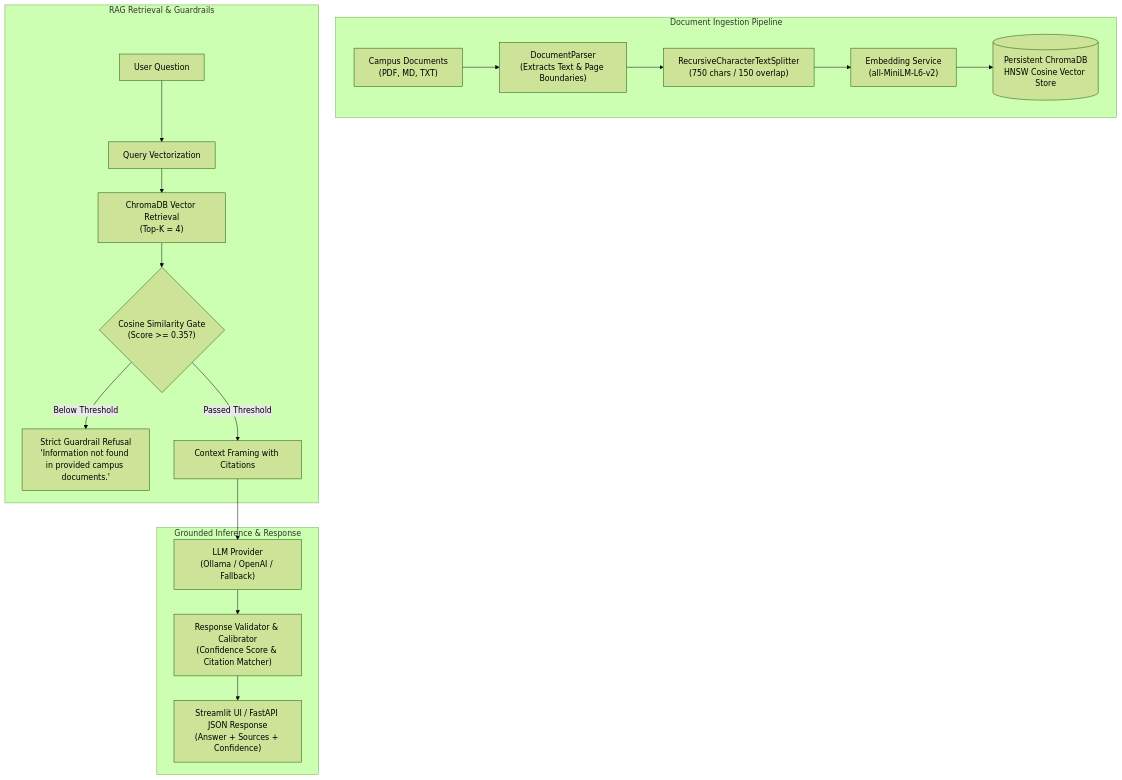
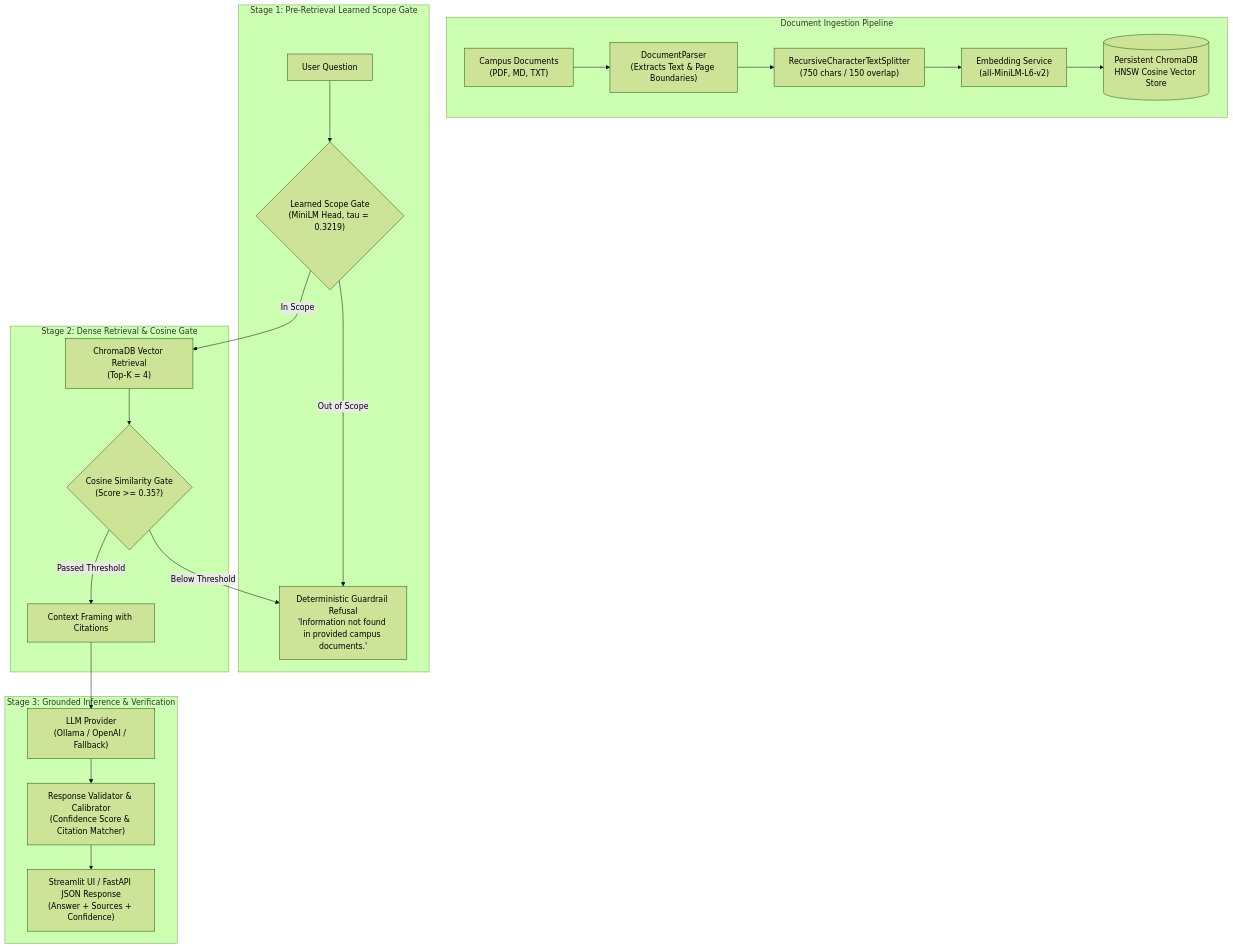
The diagram in README.md (SreyaThota/campus-knowledge-assistant), drawn with Mermaid (forest theme) before and after one commit. The commit also changed other lines of this file and 6 other files, not shown here.

Commit message:
feat(gate): integrate learned PyTorch scope gate into production RAG pipeline and update benchmarks

````diff
--- a/README.md
+++ b/README.md
@@ -66,23 +66,27 @@
 ```mermaid
 flowchart TD
     subgraph INGESTION["Document Ingestion Pipeline"]
         A["Campus Documents<br/>(PDF, MD, TXT)"] --> B["DocumentParser<br/>(Extracts Text & Page Boundaries)"]
         B --> C["RecursiveCharacterTextSplitter<br/>(750 chars / 150 overlap)"]
         C --> D["Embedding Service<br/>(all-MiniLM-L6-v2)"]
         D --> E[("Persistent ChromaDB<br/>HNSW Cosine Vector Store")]
     end
 
-    subgraph RETRIEVAL["RAG Retrieval & Guardrails"]
-        F["User Question"] --> G["Query Vectorization"]
-        G --> H["ChromaDB Vector Retrieval<br/>(Top-K = 4)"]
+    subgraph PRE_RETRIEVAL["Stage 1: Pre-Retrieval Learned Scope Gate"]
+        F["User Question"] --> G{"Learned Scope Gate<br/>(MiniLM Head, tau = 0.3219)"}
+        G -- "Out of Scope" --> J["Deterministic Guardrail Refusal<br/>'Information not found in provided campus documents.'"]
+    end
+
+    subgraph RETRIEVAL["Stage 2: Dense Retrieval & Cosine Gate"]
+        G -- "In Scope" --> H["ChromaDB Vector Retrieval<br/>(Top-K = 4)"]
         H --> I{"Cosine Similarity Gate<br/>(Score >= 0.35?)"}
-        I -- "Below Threshold" --> J["Strict Guardrail Refusal<br/>'Information not found in provided campus documents.'"]
+        I -- "Below Threshold" --> J
         I -- "Passed Threshold" --> K["Context Framing with Citations"]
     end
 
-    subgraph GENERATION["Grounded Inference & Response"]
+    subgraph GENERATION["Stage 3: Grounded Inference & Verification"]
         K --> L["LLM Provider<br/>(Ollama / OpenAI / Fallback)"]
         L --> M["Response Validator & Calibrator<br/>(Confidence Score & Citation Matcher)"]
         M --> N["Streamlit UI / FastAPI JSON Response<br/>(Answer + Sources + Confidence)"]
     end
 ```
````
